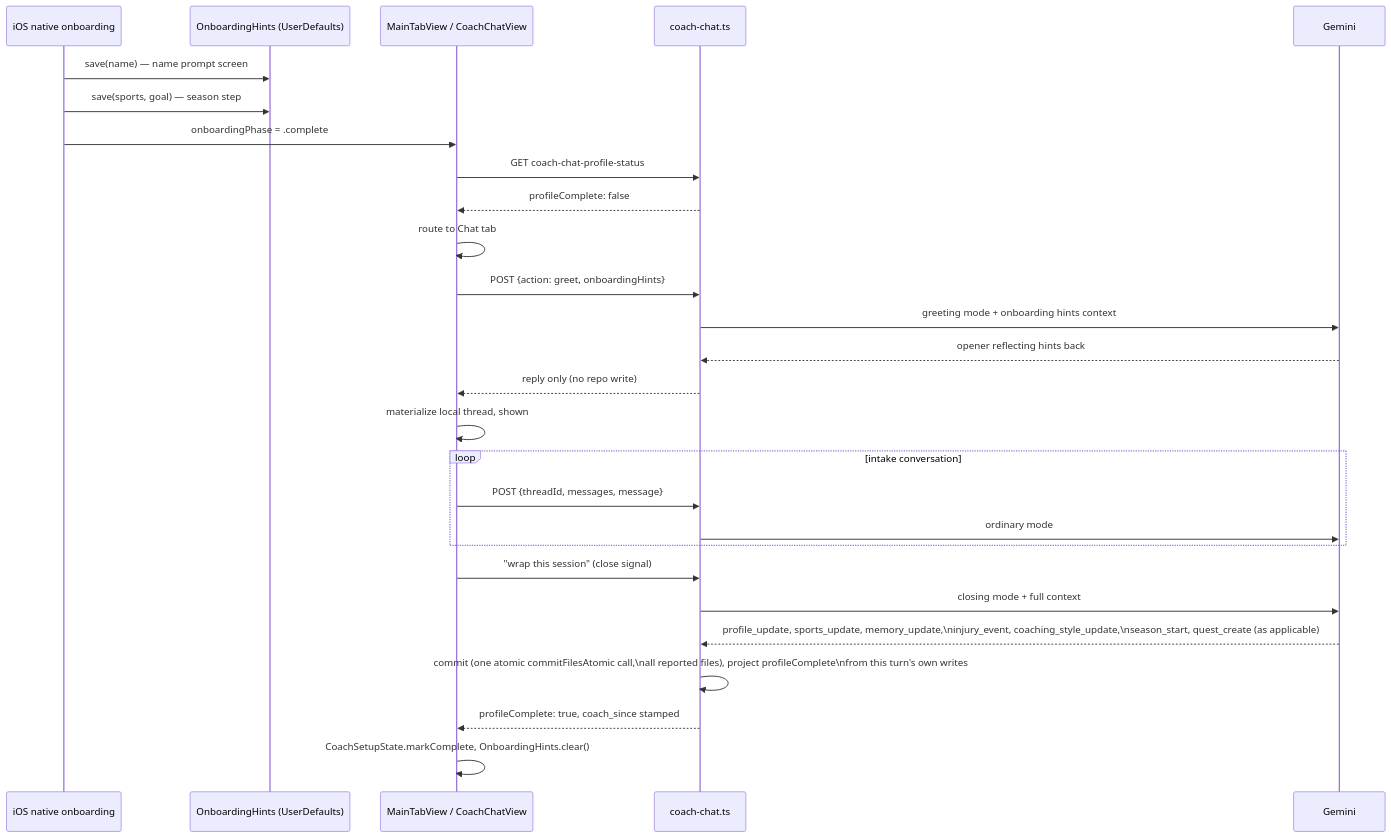
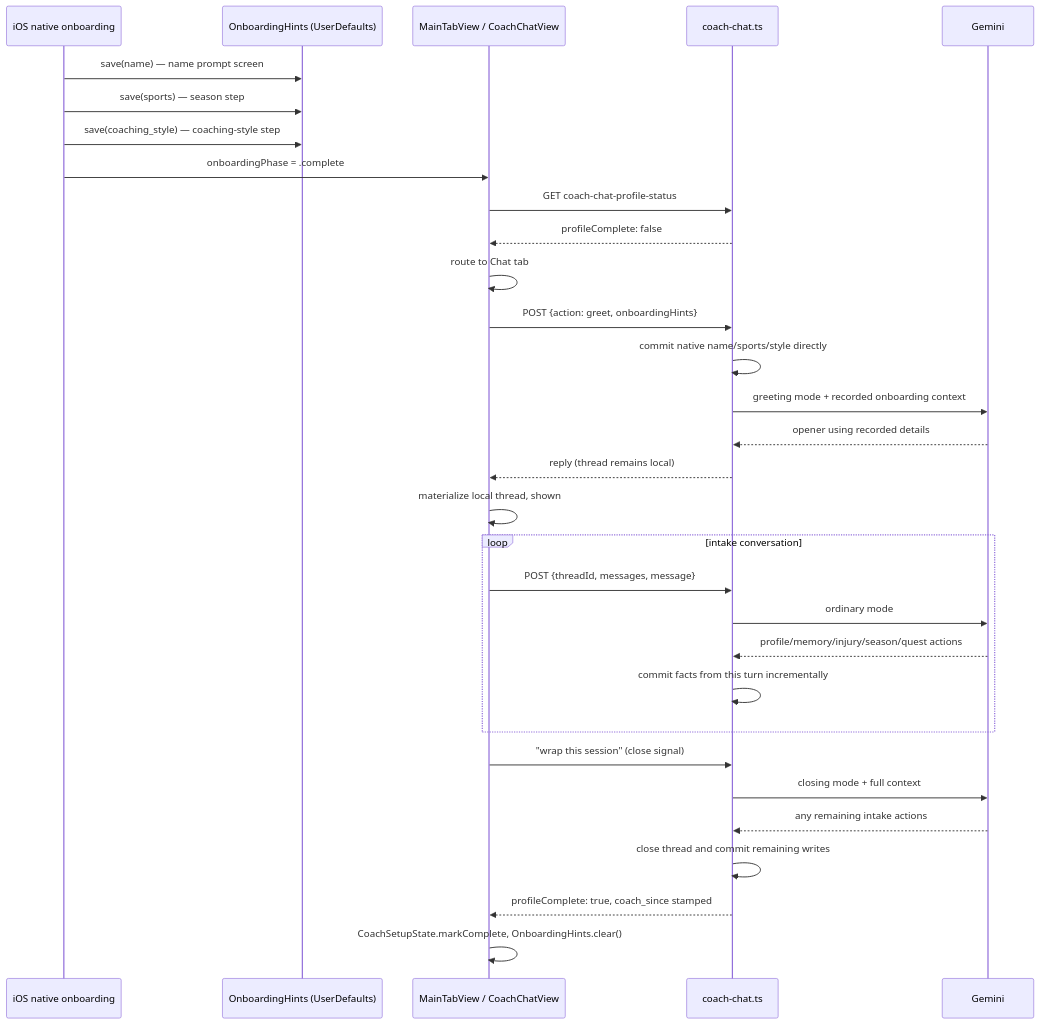
Before and after one commit to sibling-shipyard/coach-hq: the fourth of 4 diagrams in docs/eng-docs/coach-chat-flow.md, drawn with Mermaid. The commit also changed other lines of this file and 20 other files, not shown here.

````diff
--- a/docs/eng-docs/coach-chat-flow.md
+++ b/docs/eng-docs/coach-chat-flow.md
@@ -321,29 +313,33 @@
 ```mermaid
 sequenceDiagram
     participant Native as iOS native onboarding
     participant Hints as OnboardingHints (UserDefaults)
     participant App as MainTabView / CoachChatView
     participant Server as coach-chat.ts
     participant Gemini
     Native->>Hints: save(name) — name prompt screen
-    Native->>Hints: save(sports, goal) — season step
+    Native->>Hints: save(sports) — season step
+    Native->>Hints: save(coaching_style) — coaching-style step
     Native->>App: onboardingPhase = .complete
     App->>Server: GET coach-chat-profile-status
     Server-->>App: profileComplete: false
     App->>App: route to Chat tab
     App->>Server: POST {action: greet, onboardingHints}
-    Server->>Gemini: greeting mode + onboarding hints context
-    Gemini-->>Server: opener reflecting hints back
-    Server-->>App: reply only (no repo write)
+    Server->>Server: commit native name/sports/style directly
+    Server->>Gemini: greeting mode + recorded onboarding context
+    Gemini-->>Server: opener using recorded details
+    Server-->>App: reply (thread remains local)
     App->>App: materialize local thread, shown
     loop intake conversation
         App->>Server: POST {threadId, messages, message}
         Server->>Gemini: ordinary mode
+        Gemini-->>Server: profile/memory/injury/season/quest actions
+        Server->>Server: commit facts from this turn incrementally
     end
     App->>Server: "wrap this session" (close signal)
     Server->>Gemini: closing mode + full context
-    Gemini-->>Server: profile_update, sports_update, memory_update,\ninjury_event, coaching_style_update,\nseason_start, quest_create (as applicable)
-    Server->>Server: commit (one atomic commitFilesAtomic call,\nall reported files), project profileComplete\nfrom this turn's own writes
+    Gemini-->>Server: any remaining intake actions
+    Server->>Server: close thread and commit remaining writes
     Server-->>App: profileComplete: true, coach_since stamped
     App->>App: CoachSetupState.markComplete, OnboardingHints.clear()
 ```
````
